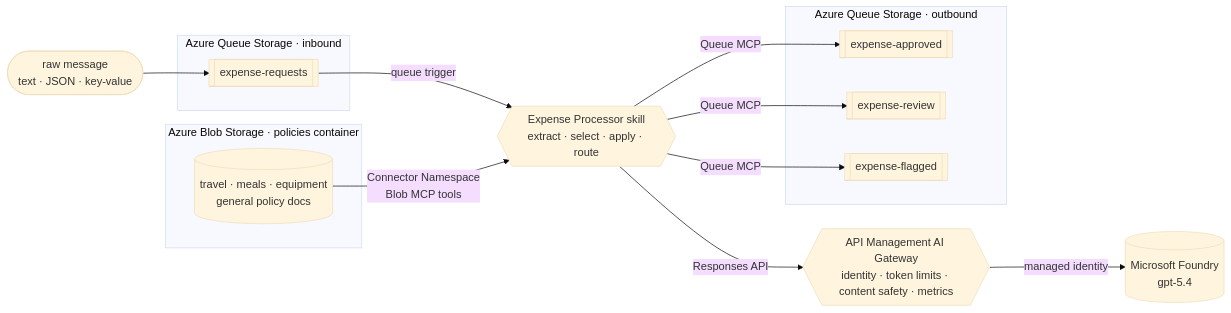
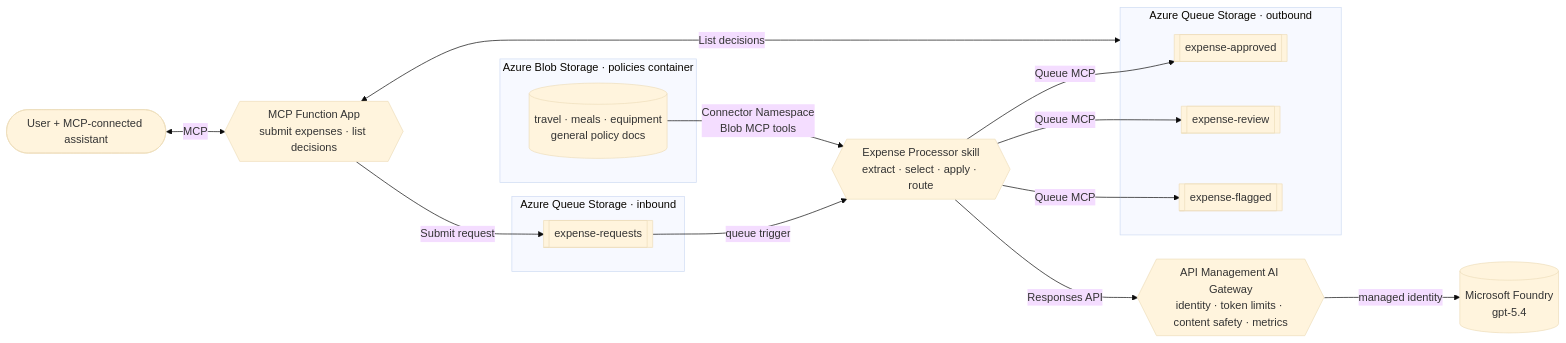
One commit to Azure-Samples/expense-processor changed the diagram in README.md. Above: the diagram before and after it, drawn with Mermaid (base theme). The commit also changed other lines of this file and 28 other files, not shown here.

First line of the commit message:
Add Functions MCP expense tools and independent app infrastructure

````diff
--- a/README.md
+++ b/README.md
@@ -115,31 +181,34 @@
 ```mermaid
 flowchart LR
-    msg([raw message<br/>text · JSON · key-value])
+    user([User + MCP-connected assistant])
+    mcp{{MCP Function App<br/>submit expenses · list decisions}}
 
     subgraph inbound["Azure Queue Storage · inbound"]
         inq[[expense-requests]]
     end
 
     subgraph policies["Azure Blob Storage · policies container"]
         pdocs[(travel · meals · equipment<br/>general policy docs)]
     end
 
     skill{{Expense Processor skill<br/>extract · select · apply · route}}
     gateway{{API Management AI Gateway<br/>identity · token limits · content safety · metrics}}
     model[(Microsoft Foundry<br/>gpt-5.4)]
 
     subgraph outbound["Azure Queue Storage · outbound"]
         approved[[expense-approved]]
         review[[expense-review]]
         flagged[[expense-flagged]]
     end
 
-    msg --> inq
+    user <-->|MCP| mcp
+    mcp -->|Submit request| inq
     inq -->|queue trigger| skill
     pdocs -->|Connector Namespace<br/>Blob MCP tools| skill
     skill -->|Responses API| gateway
     gateway -->|managed identity| model
     skill -->|Queue MCP| approved
     skill -->|Queue MCP| review
     skill -->|Queue MCP| flagged
+    mcp <-->|List decisions| outbound
 ```
````
